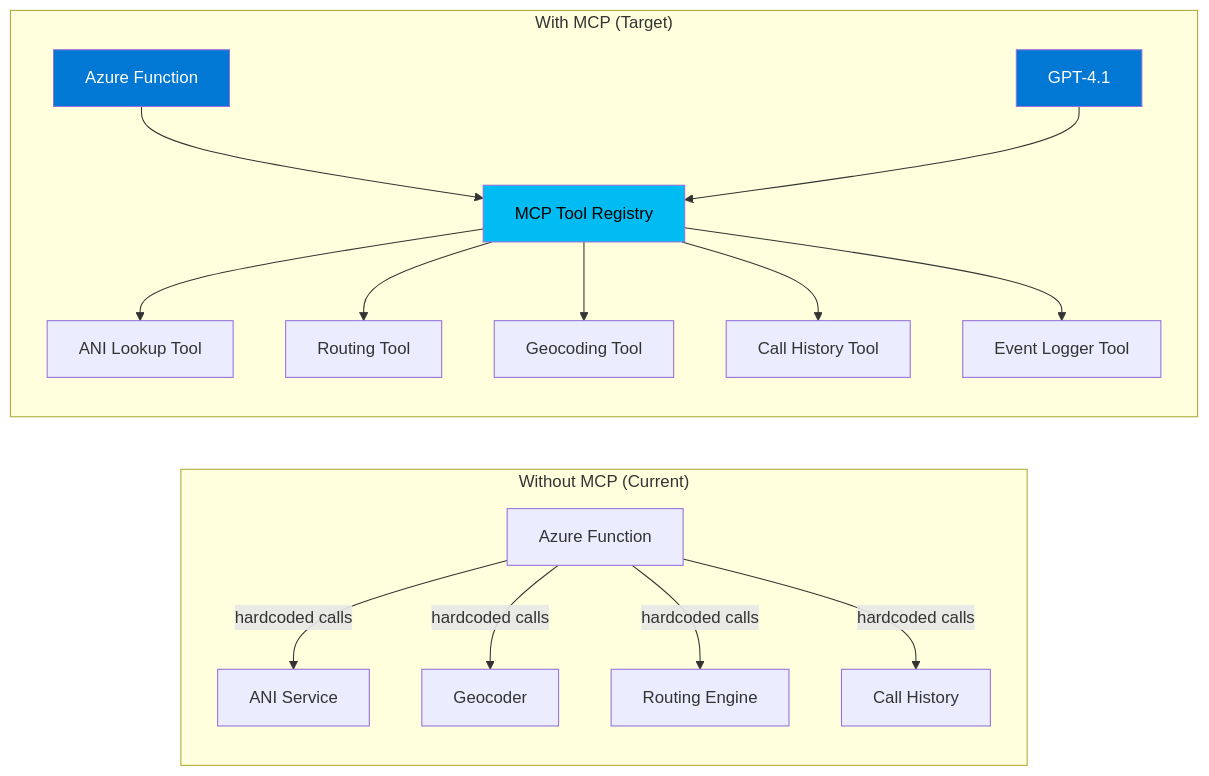
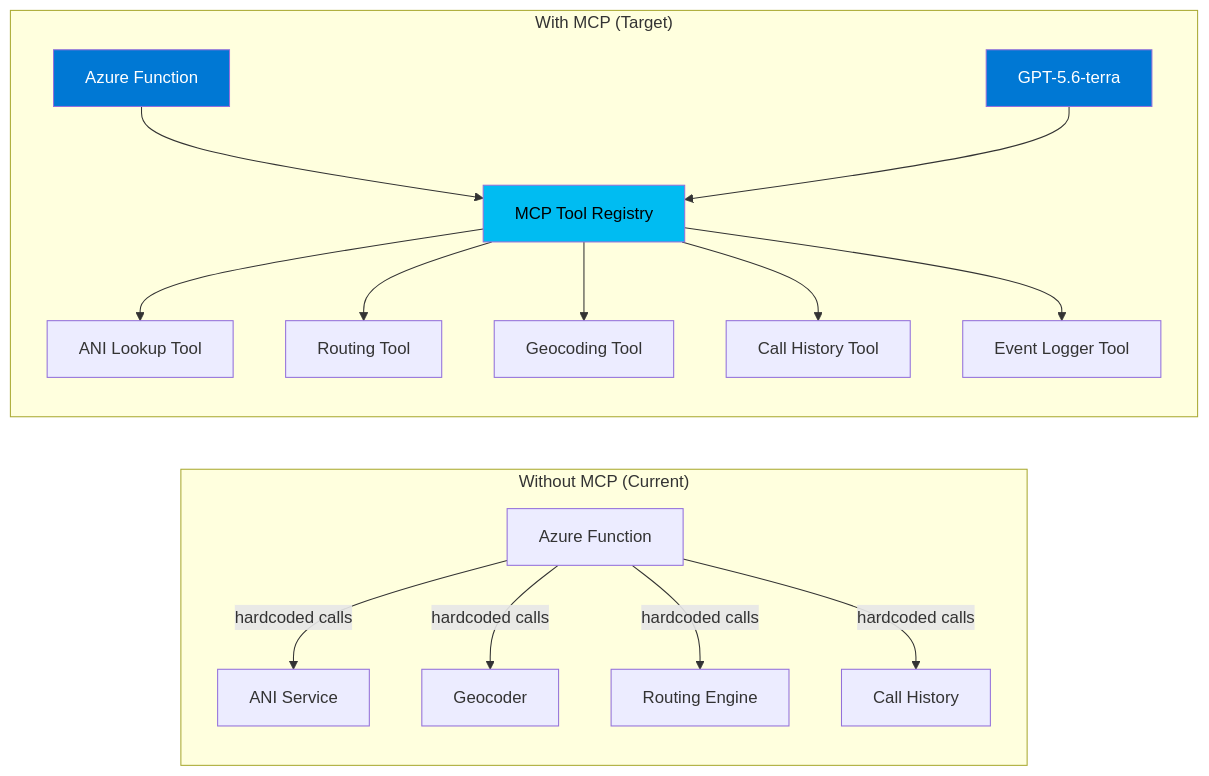
Before and after one commit to wtomaz808/e611-IVR: the third of 6 diagrams in docs/AI-MCP-agentic-config.md, drawn with Mermaid. The commit also changed other lines of this file and 12 other files, not shown here.

````diff
--- a/docs/AI-MCP-agentic-config.md
+++ b/docs/AI-MCP-agentic-config.md
@@ -275,23 +275,23 @@
 ```mermaid
 graph LR
     subgraph "Without MCP (Current)"
         FuncA[Azure Function] -->|hardcoded calls| ANI[ANI Service]
         FuncA -->|hardcoded calls| Geo[Geocoder]
         FuncA -->|hardcoded calls| Route[Routing Engine]
         FuncA -->|hardcoded calls| History[Call History]
     end
 
     subgraph "With MCP (Target)"
         FuncB[Azure Function] --> MCPServer[MCP Tool Registry]
-        GPT[GPT-4.1] --> MCPServer
+        GPT[GPT-5.6-terra] --> MCPServer
         MCPServer --> T1[ANI Lookup Tool]
         MCPServer --> T2[Routing Tool]
         MCPServer --> T3[Geocoding Tool]
         MCPServer --> T4[Call History Tool]
         MCPServer --> T5[Event Logger Tool]
     end
 
     style MCPServer fill:#00BCF2,color:#000
     style FuncB fill:#0078D4,color:#fff
     style GPT fill:#0078D4,color:#fff
 ```
````
